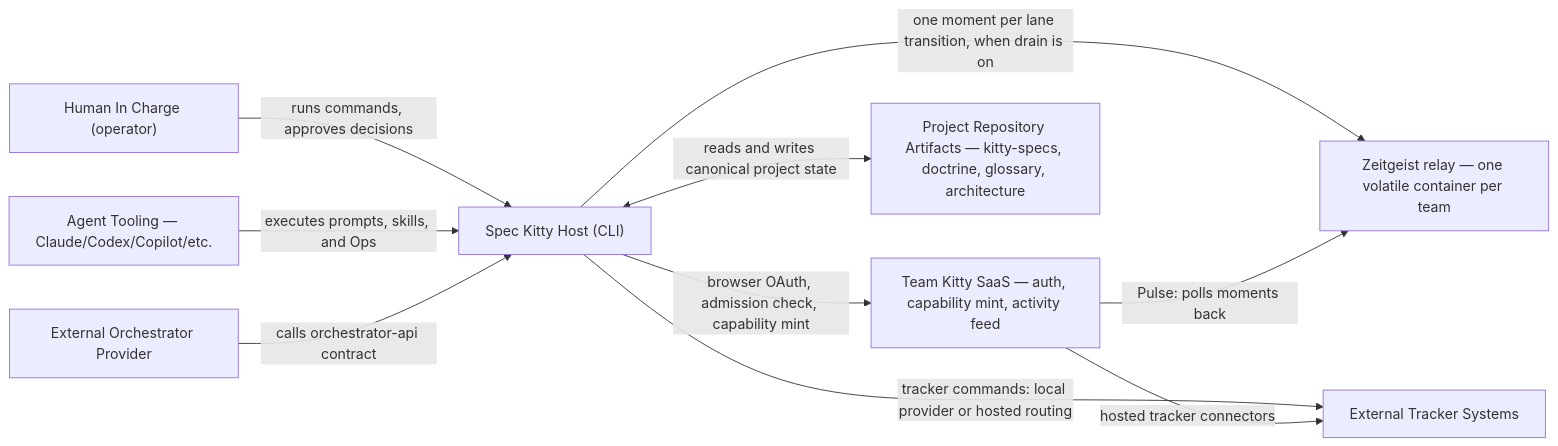
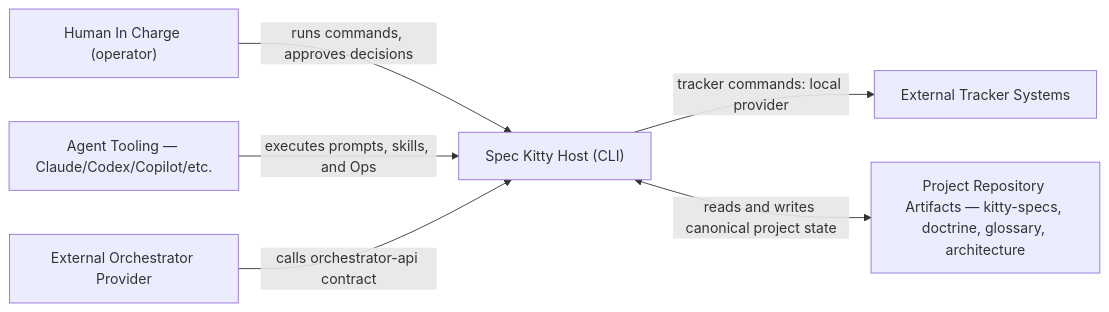
The first of 4 diagrams in docs/architecture/diagrams/01_context/README.md (spec-kitty/spec-kitty), drawn with Mermaid before and after one commit. The commit also changed other lines of this file and 2 other files, not shown here.

First line of the commit message:
docs(7155): retire the removed hosted surfaces from the context docs

````diff
--- a/docs/architecture/diagrams/01_context/README.md
+++ b/docs/architecture/diagrams/01_context/README.md
@@ -45,21 +45,15 @@
 ```mermaid
 flowchart LR
     hic["Human In Charge (operator)"]
     agent["Agent Tooling — Claude/Codex/Copilot/etc."]
     orch["External Orchestrator Provider"]
-    saas["Team Kitty SaaS — auth, capability mint, activity feed"]
-    relay["Zeitgeist relay — one volatile container per team"]
     tracker["External Tracker Systems"]
     repo["Project Repository Artifacts — kitty-specs, doctrine, glossary, architecture"]
     sk["Spec Kitty Host (CLI)"]
 
     hic -->|runs commands, approves decisions| sk
     agent -->|executes prompts, skills, and Ops| sk
     orch -->|calls orchestrator-api contract| sk
-    sk -->|browser OAuth, admission check, capability mint| saas
-    sk -->|one moment per lane transition, when drain is on| relay
-    saas -->|Pulse: polls moments back| relay
-    sk -->|tracker commands: local provider or hosted routing| tracker
-    saas -->|hosted tracker connectors| tracker
+    sk -->|tracker commands: local provider| tracker
     sk <-->|reads and writes canonical project state| repo
 ```
````
